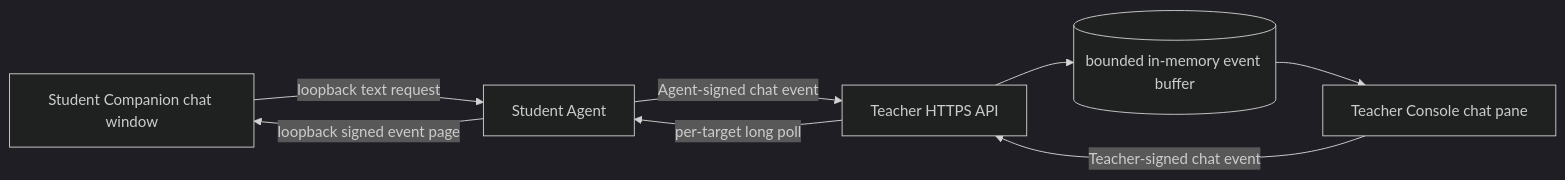
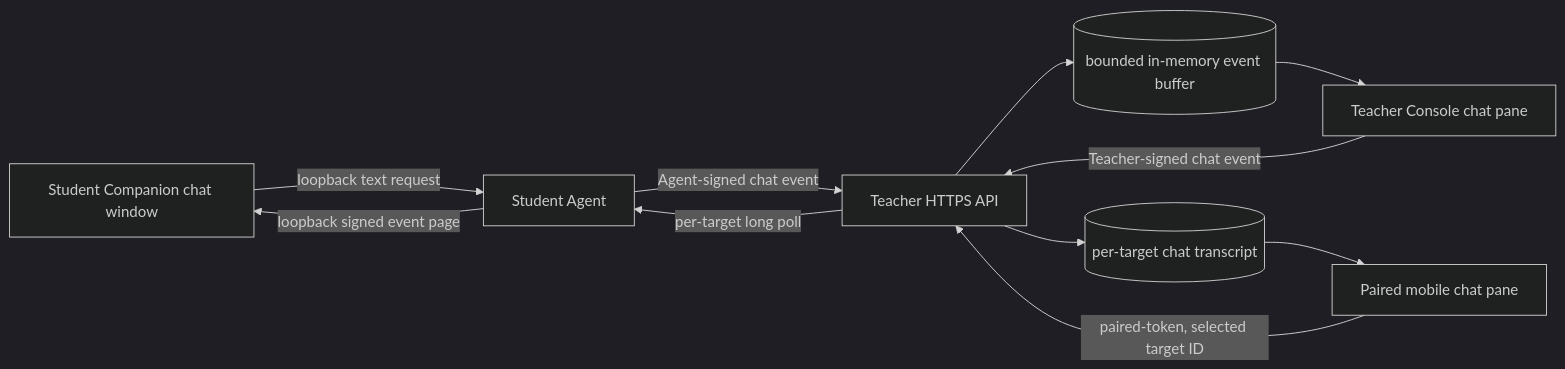
The diagram in specs/classroom-one-to-one-chat/design.md (Ljc798/veyon-campus-deployment), drawn with Mermaid (dark theme) before and after one commit. The commit also changed other lines of this file and 13 other files, not shown here.

Commit message:
feat(chat): add paired mobile conversations

````diff
--- a/specs/classroom-one-to-one-chat/design.md
+++ b/specs/classroom-one-to-one-chat/design.md
@@ -47,10 +55,13 @@
 ```mermaid
 flowchart LR
   C[Student Companion chat window] -->|loopback text request| A[Student Agent]
   A -->|Agent-signed chat event| H[Teacher HTTPS API]
   T[Teacher Console chat pane] -->|Teacher-signed chat event| H
+  P[Paired mobile chat pane] -->|paired-token, selected target ID| H
   H -->|per-target long poll| A
   A -->|loopback signed event page| C
   H --> M[(bounded in-memory event buffer)]
+  H --> R[(per-target chat transcript)]
   M --> T
+  R --> P
 ```
````
